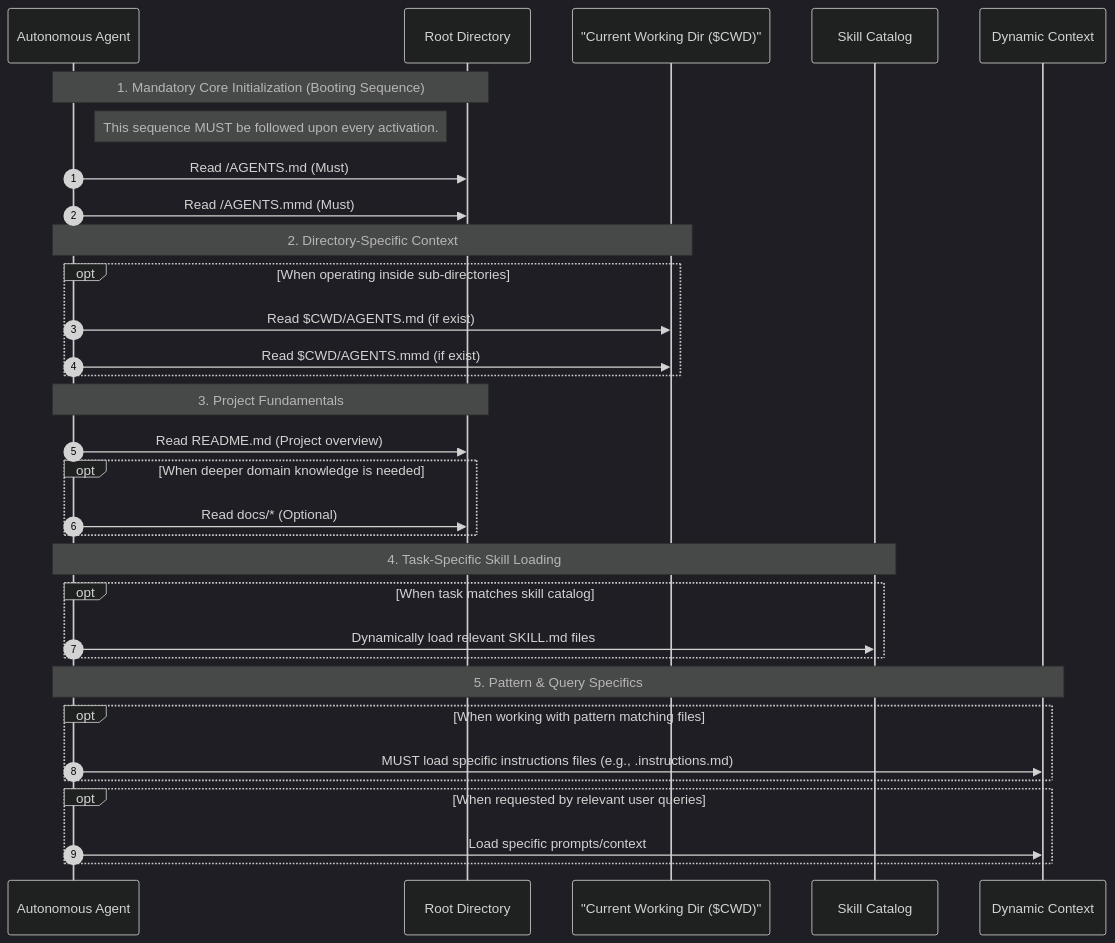
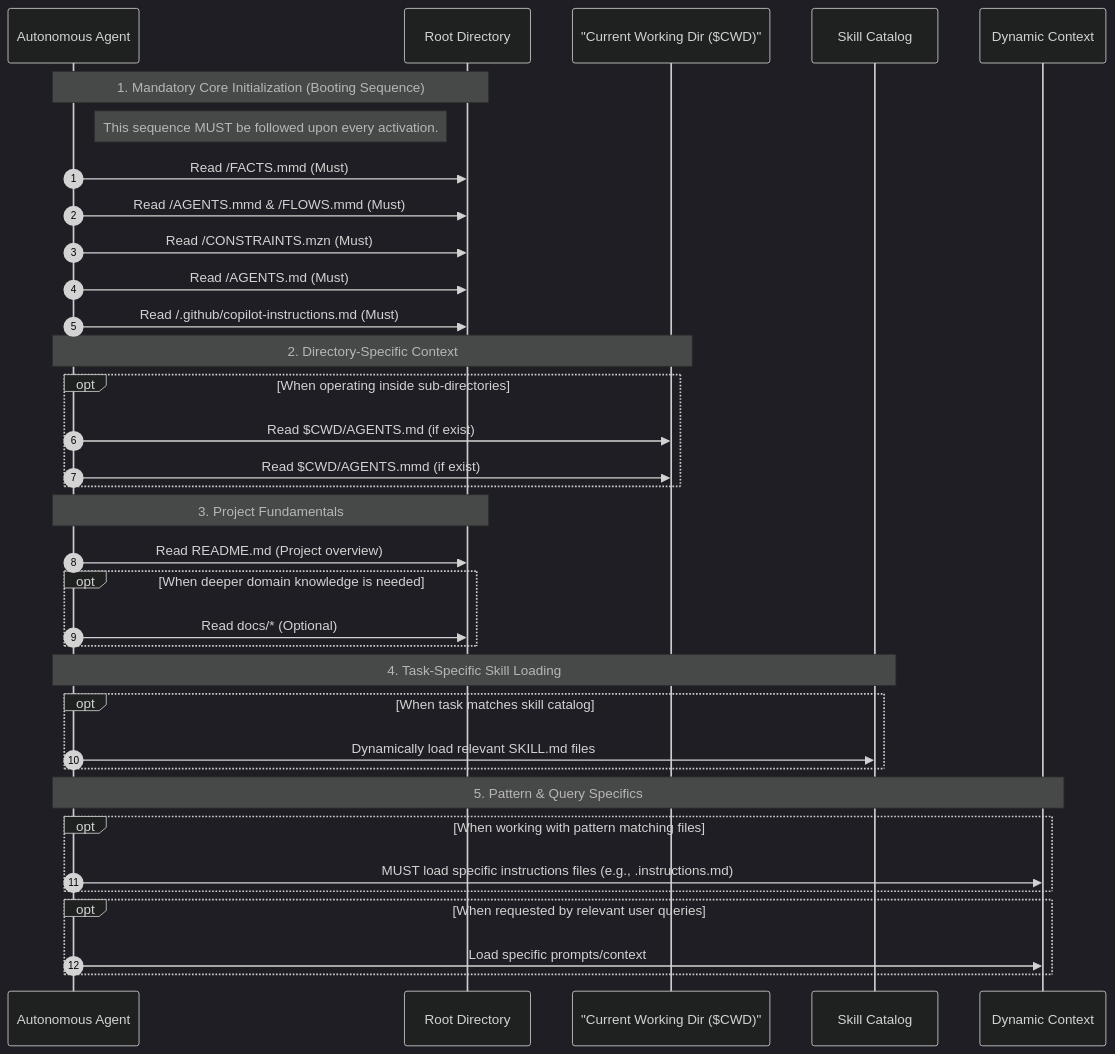
One commit to Cogni-AI-OU/cogni-ai-agents changed the diagram in AGENTS.mmd. Above: the diagram before and after it, drawn with Mermaid (dark theme). The commit also changed 2 other files, not shown here.

Commit message:
Fixes Divergent Booting Sequence Definitions

```diff
--- a/AGENTS.mmd
+++ b/AGENTS.mmd
@@ -1,39 +1,42 @@
 sequenceDiagram
     autonumber
     participant Agent as Autonomous Agent
     participant Root as Root Directory
     participant CWD as "Current Working Dir ($CWD)"
     participant Skills as Skill Catalog
     participant Context as Dynamic Context
 
     Note over Agent,Root: 1. Mandatory Core Initialization (Booting Sequence)
     Note right of Agent: This sequence MUST be followed upon every activation.
+    Agent->>Root: Read /FACTS.mmd (Must)
+    Agent->>Root: Read /AGENTS.mmd & /FLOWS.mmd (Must)
+    Agent->>Root: Read /CONSTRAINTS.mzn (Must)
     Agent->>Root: Read /AGENTS.md (Must)
-    Agent->>Root: Read /AGENTS.mmd (Must)
+    Agent->>Root: Read /.github/copilot-instructions.md (Must)
 
     Note over Agent,CWD: 2. Directory-Specific Context
     opt When operating inside sub-directories
         Agent->>CWD: Read $CWD/AGENTS.md (if exist)
         Agent->>CWD: Read $CWD/AGENTS.mmd (if exist)
     end
 
     Note over Agent,Root: 3. Project Fundamentals
     Agent->>Root: Read README.md (Project overview)
 
     opt When deeper domain knowledge is needed
         Agent->>Root: Read docs/* (Optional)
     end
 
     Note over Agent,Skills: 4. Task-Specific Skill Loading
     opt When task matches skill catalog
         Agent->>Skills: Dynamically load relevant SKILL.md files
     end
 
     Note over Agent,Context: 5. Pattern & Query Specifics
     opt When working with pattern matching files
         Agent->>Context: MUST load specific instructions files (e.g., .instructions.md)
     end
 
     opt When requested by relevant user queries
         Agent->>Context: Load specific prompts/context
     end
```
